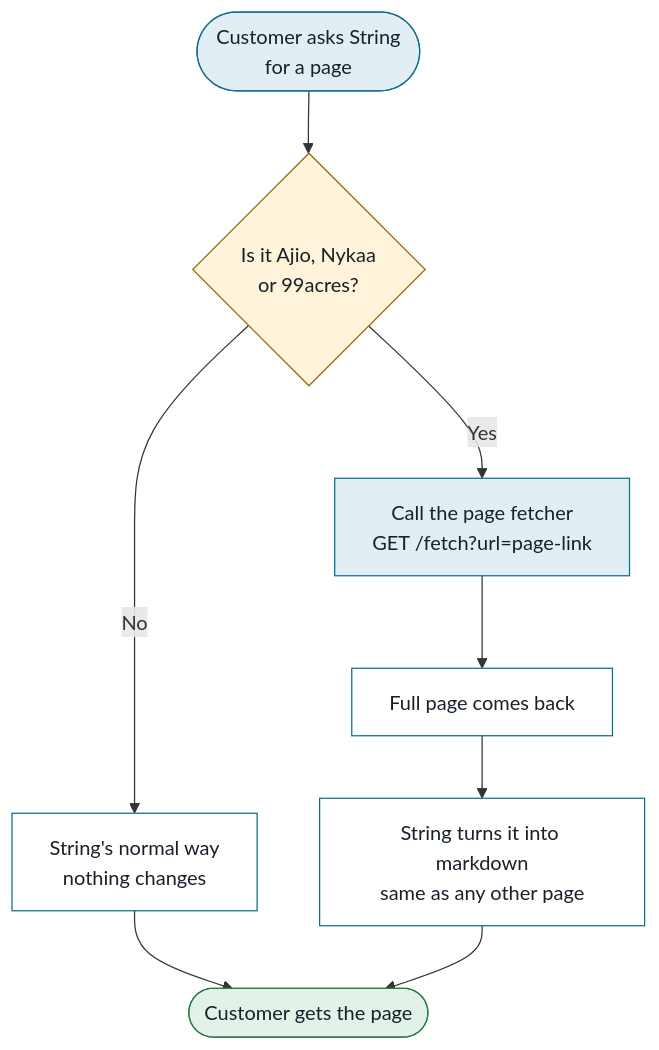
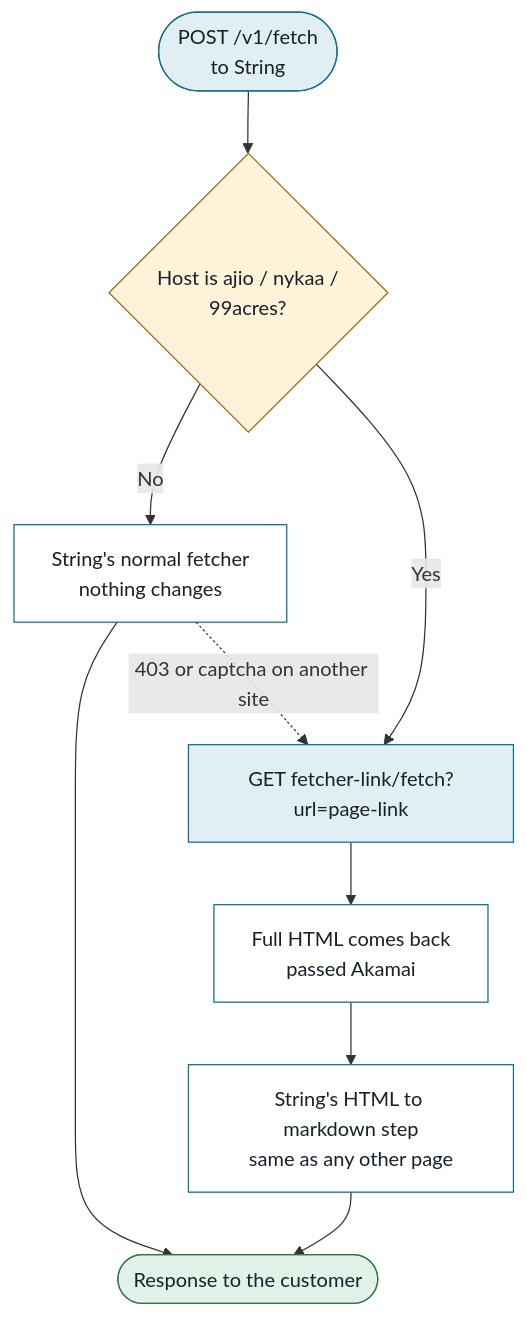
Before and after one commit to Sakshamebdev873/useString: the fifth of 6 diagrams in README.md, drawn with Mermaid. The commit also changed other lines of this file, not shown here.

First line of the commit message:
Add Akamai and TLS fingerprint details to README

````diff
--- a/README.md
+++ b/README.md
@@ -68,20 +111,20 @@
 ```mermaid
 flowchart TD
-    A(["Customer asks String<br/>for a page"]) --> B{"Is it Ajio, Nykaa<br/>or 99acres?"}
-    B -- No --> N["String's normal way<br/>nothing changes"]
-    B -- Yes --> P["Call the page fetcher<br/>GET /fetch?url=page-link"]
-    P --> H["Full page comes back"]
-    H --> M["String turns it into markdown<br/>same as any other page"]
-    N --> Z(["Customer gets the page"])
+    A(["POST /v1/fetch<br/>to String"]) --> B{"Host is ajio / nykaa /<br/>99acres?"}
+    B -- No --> N["String's normal fetcher<br/>nothing changes"]
+    B -- Yes --> P["GET fetcher-link/fetch?url=page-link"]
+    P --> H["Full HTML comes back<br/>passed Akamai"]
+    H --> M["String's HTML to markdown step<br/>same as any other page"]
+    N --> Z(["Response to the customer"])
     M --> Z
+    N -.->|"403 or captcha on another site"| P
 
     classDef start fill:#E1EFF4,stroke:#0F6E8C,color:#17202B
     classDef step fill:#FFFFFF,stroke:#0F6E8C,color:#17202B
     classDef check fill:#FFF3D9,stroke:#9A6A12,color:#17202B
     classDef good fill:#E3F2E8,stroke:#2C7A4B,color:#17202B
-    class A start
+    class A,P start
     class N,H,M step
-    class P start
     class B check
     class Z good
 ```
````
